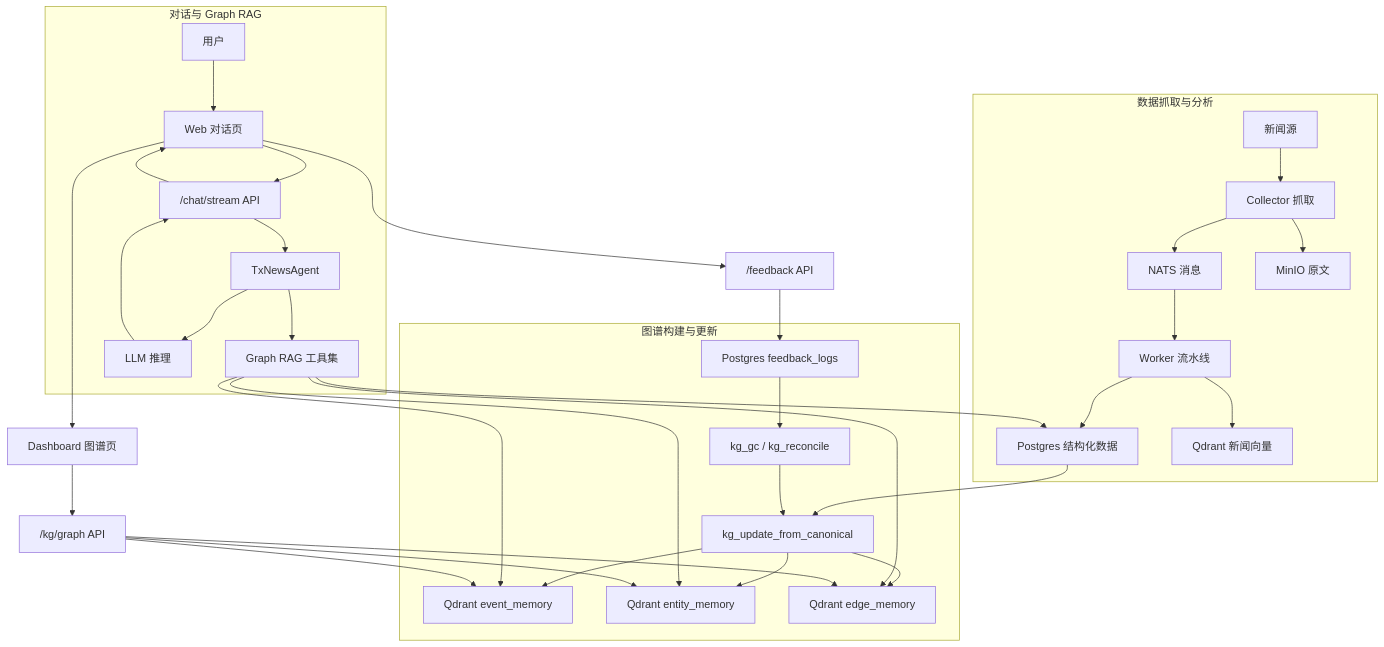
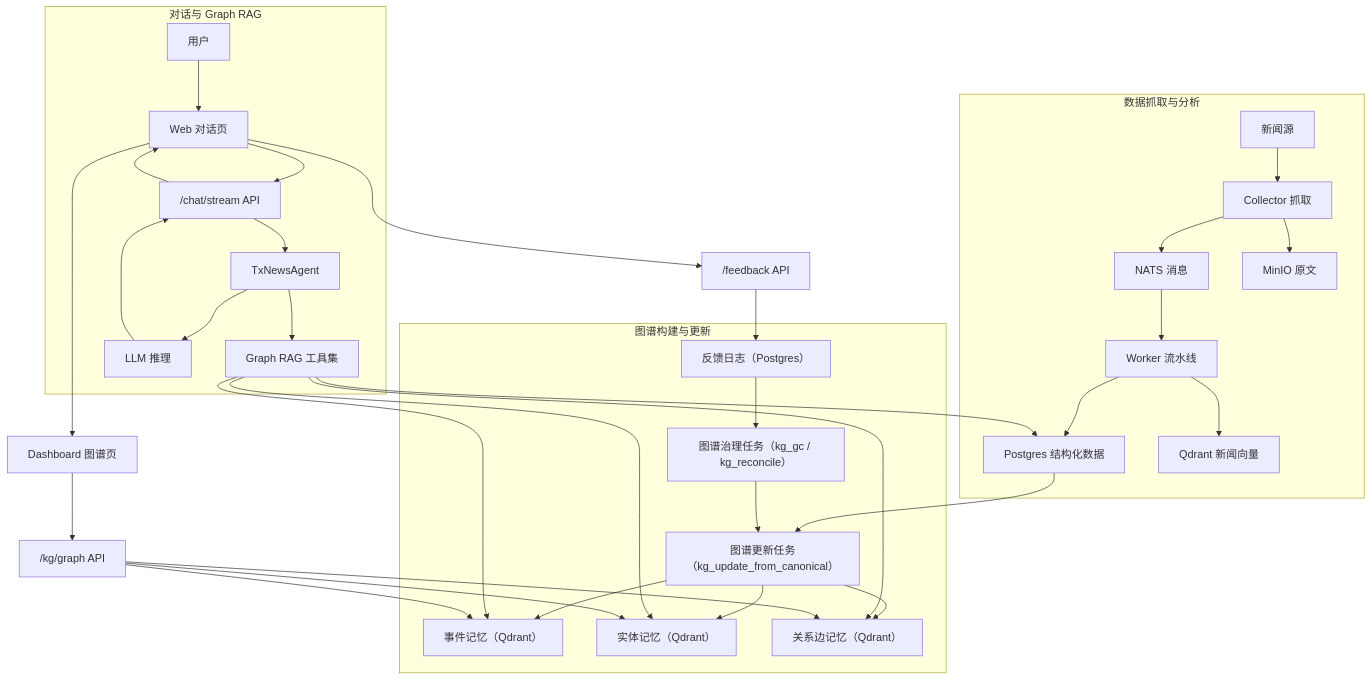
One commit to 1376524890/tx-news changed the second of 6 diagrams in README.md. Above: the diagram before and after it, drawn with Mermaid. The commit also changed 1 other file, not shown here.

Commit message:
docs(FOLDER): 更新README文档描述内容
- 在README.md文件描述中添加了"含图谱程序框图说明"的详细描述

feat(README): 优化图谱构建流程图的节点标签

- 将流程图中的英文节点标签替换为中文描述，包括图谱更新任务、
  事件记忆、实体记忆、关系边记忆、反馈日志和图谱治理任务等
- 提高了图表的可读性和中文用户的理解便利性

````diff
--- a/README.md
+++ b/README.md
@@ -49,51 +49,51 @@
 ```mermaid
 flowchart TD
   subgraph Ingest[数据抓取与分析]
     S[新闻源] --> C[Collector 抓取]
     C --> N[NATS 消息]
     C --> M[MinIO 原文]
     N --> W[Worker 流水线]
     W --> P[Postgres 结构化数据]
     W --> V[Qdrant 新闻向量]
   end
 
   subgraph Graph[图谱构建与更新]
-    KG[kg_update_from_canonical]
-    EM[Qdrant event_memory]
-    EN[Qdrant entity_memory]
-    ED[Qdrant edge_memory]
-    FB[Postgres feedback_logs]
-    GOV[kg_gc / kg_reconcile]
+    KG[图谱更新任务（kg_update_from_canonical）]
+    EM[事件记忆（Qdrant）]
+    EN[实体记忆（Qdrant）]
+    ED[关系边记忆（Qdrant）]
+    FB[反馈日志（Postgres）]
+    GOV[图谱治理任务（kg_gc / kg_reconcile）]
   end
 
   subgraph Chat[对话与 Graph RAG]
     U[用户] --> UI[Web 对话页]
     UI --> API["/chat/stream API"]
     API --> Agent[TxNewsAgent]
     Agent --> Tools[Graph RAG 工具集]
     Agent --> LLM[LLM 推理]
     LLM --> API
     API --> UI
   end
 
   P --> KG
   KG --> EM
   KG --> EN
   KG --> ED
   FB --> GOV
   GOV --> KG
 
   Tools --> EM
   Tools --> EN
   Tools --> ED
   Tools --> P
 
   UI --> FAPI["/feedback API"]
   FAPI --> FB
 
   UI --> Dash[Dashboard 图谱页]
   Dash --> GAPI["/kg/graph API"]
   GAPI --> EM
   GAPI --> EN
   GAPI --> ED
 ```
````
